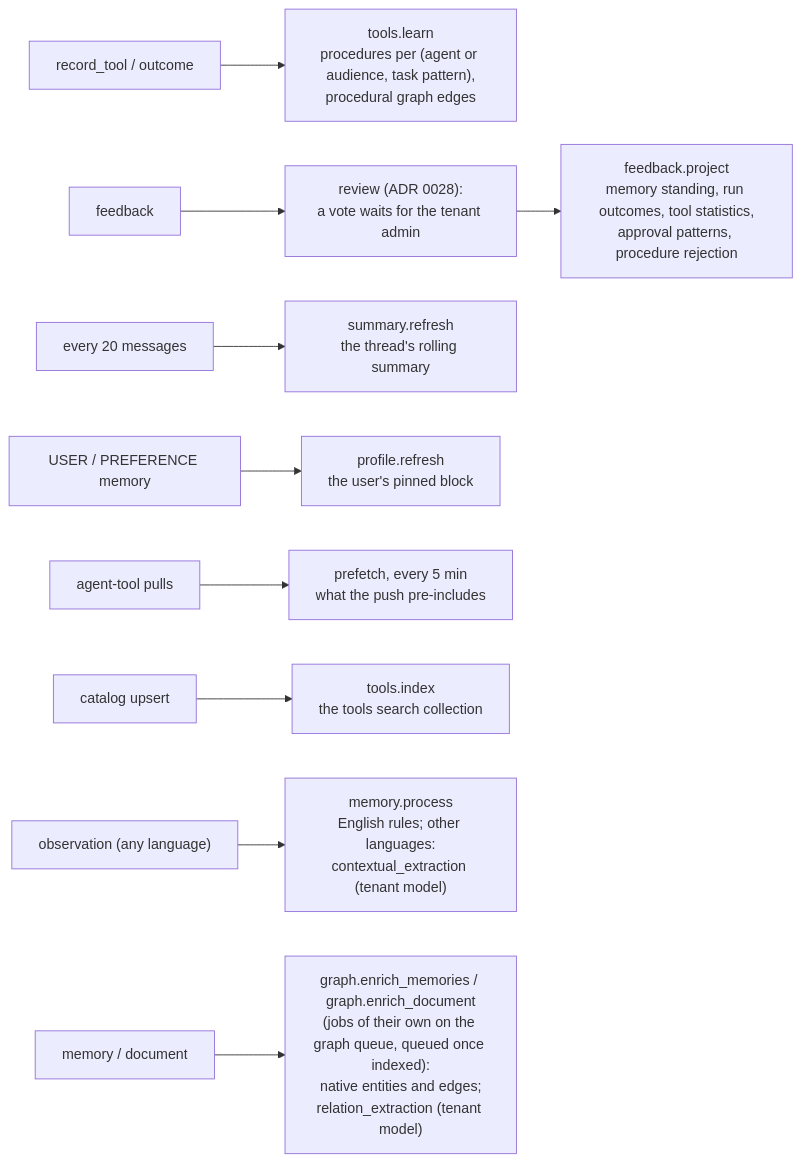
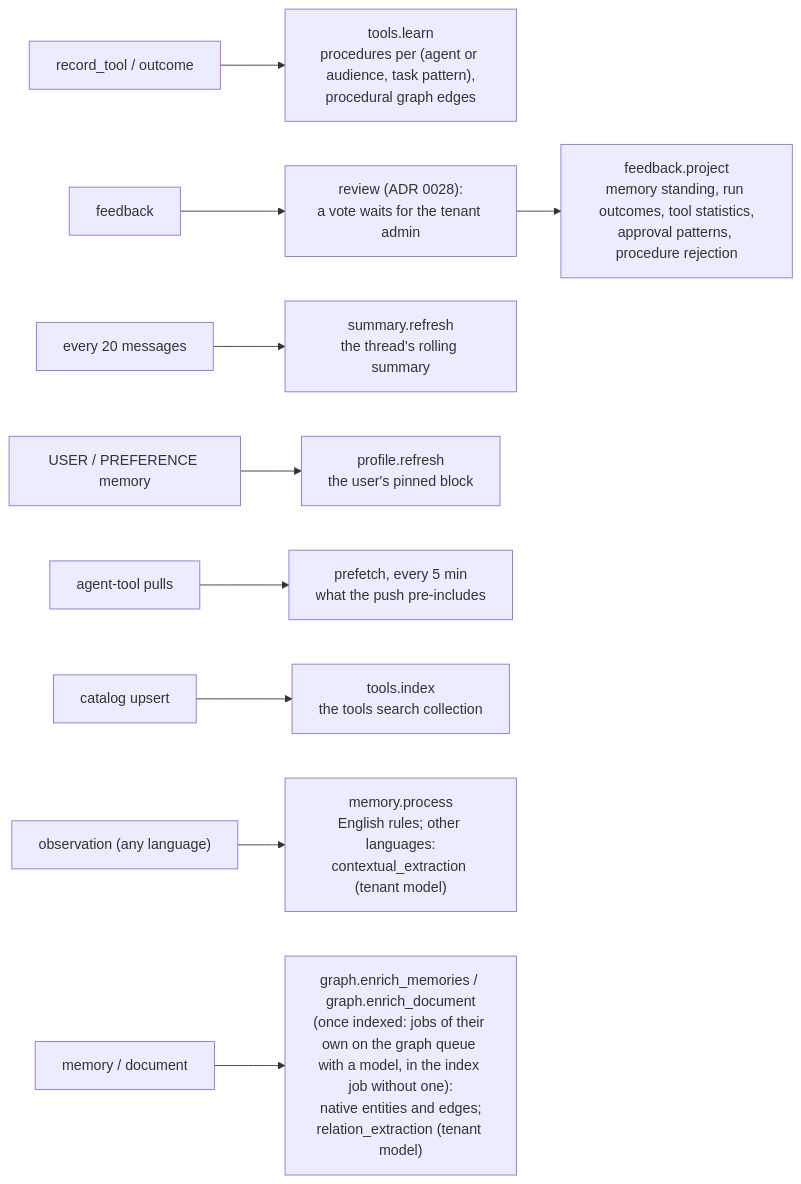
Before and after one commit to amitmohapatra/agent-memory-service: the eighth of 10 diagrams in docs/ARCHITECTURE.md, drawn with Mermaid. The commit also changed 9 other files, not shown here.

First line of the commit message:
perf(worker): without a model, the index job enriches what it indexed

````diff
--- a/docs/ARCHITECTURE.md
+++ b/docs/ARCHITECTURE.md
@@ -213,11 +213,11 @@
 ```mermaid
 flowchart LR
   rt["record_tool / outcome"] --> tl["tools.learn<br/>procedures per (agent or audience, task pattern),<br/>procedural graph edges"]
   fb[feedback] --> rv["review (ADR 0028):<br/>a vote waits for the tenant admin"] --> fp["feedback.project<br/>memory standing, run outcomes, tool statistics,<br/>approval patterns, procedure rejection"]
   msg["every 20 messages"] --> sr["summary.refresh<br/>the thread's rolling summary"]
   up["USER / PREFERENCE memory"] --> pr["profile.refresh<br/>the user's pinned block"]
   pulls["agent-tool pulls"] --> pf["prefetch, every 5 min<br/>what the push pre-includes"]
   cat["catalog upsert"] --> ti["tools.index<br/>the tools search collection"]
   obs["observation (any language)"] --> mp["memory.process<br/>English rules; other languages:<br/>contextual_extraction (tenant model)"]
-  md["memory / document"] --> ge["graph.enrich_memories / graph.enrich_document<br/>(jobs of their own on the graph queue, queued once indexed):<br/>native entities and edges;<br/>relation_extraction (tenant model)"]
+  md["memory / document"] --> ge["graph.enrich_memories / graph.enrich_document<br/>(once indexed: jobs of their own on the graph queue with a model, in the index job without one):<br/>native entities and edges;<br/>relation_extraction (tenant model)"]
 ```
````
